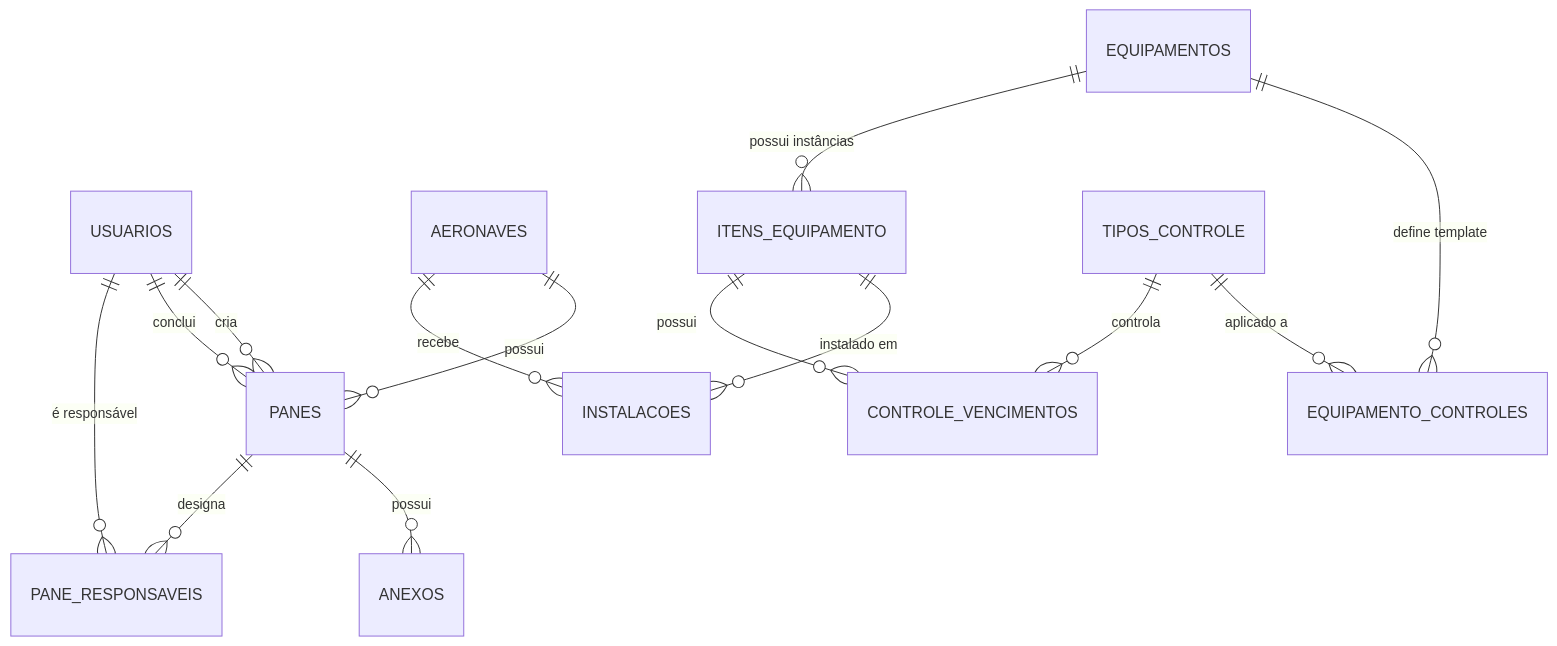
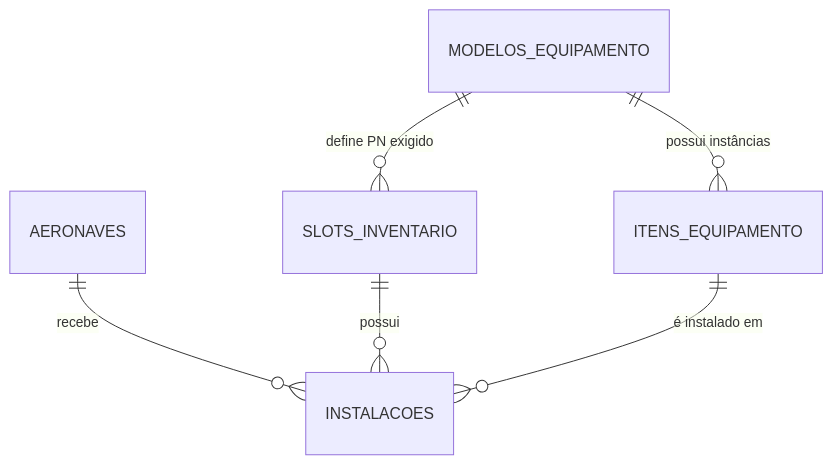
The diagram in docs/architecture/03_MODEL_DB.md (BrGarcia/saa29), drawn with Mermaid before and after one commit. The commit also changed other lines of this file and 2 other files, not shown here.

Commit message:
feat: atualizar lista completa de equipamentos e siglas de localização (CEI, 1P, 2P, CES)

````diff
--- a/docs/architecture/03_MODEL_DB.md
+++ b/docs/architecture/03_MODEL_DB.md
@@ -295,21 +100,8 @@
 ```mermaid
 erDiagram
-    USUARIOS ||--o{ PANES : "cria"
-    USUARIOS ||--o{ PANES : "conclui"
-    USUARIOS ||--o{ PANE_RESPONSAVEIS : "é responsável"
-
-    AERONAVES ||--o{ PANES : "possui"
     AERONAVES ||--o{ INSTALACOES : "recebe"
-
-    PANES ||--o{ ANEXOS : "possui"
-    PANES ||--o{ PANE_RESPONSAVEIS : "designa"
-
-    EQUIPAMENTOS ||--o{ EQUIPAMENTO_CONTROLES : "define template"
-    EQUIPAMENTOS ||--o{ ITENS_EQUIPAMENTO : "possui instâncias"
-
-    TIPOS_CONTROLE ||--o{ EQUIPAMENTO_CONTROLES : "aplicado a"
-    TIPOS_CONTROLE ||--o{ CONTROLE_VENCIMENTOS : "controla"
-
-    ITENS_EQUIPAMENTO ||--o{ INSTALACOES : "instalado em"
-    ITENS_EQUIPAMENTO ||--o{ CONTROLE_VENCIMENTOS : "possui"
+    SLOTS_INVENTARIO ||--o{ INSTALACOES : "possui"
+    MODELOS_EQUIPAMENTO ||--o{ SLOTS_INVENTARIO : "define PN exigido"
+    MODELOS_EQUIPAMENTO ||--o{ ITENS_EQUIPAMENTO : "possui instâncias"
+    ITENS_EQUIPAMENTO ||--o{ INSTALACOES : "é instalado em"
 ```
````
